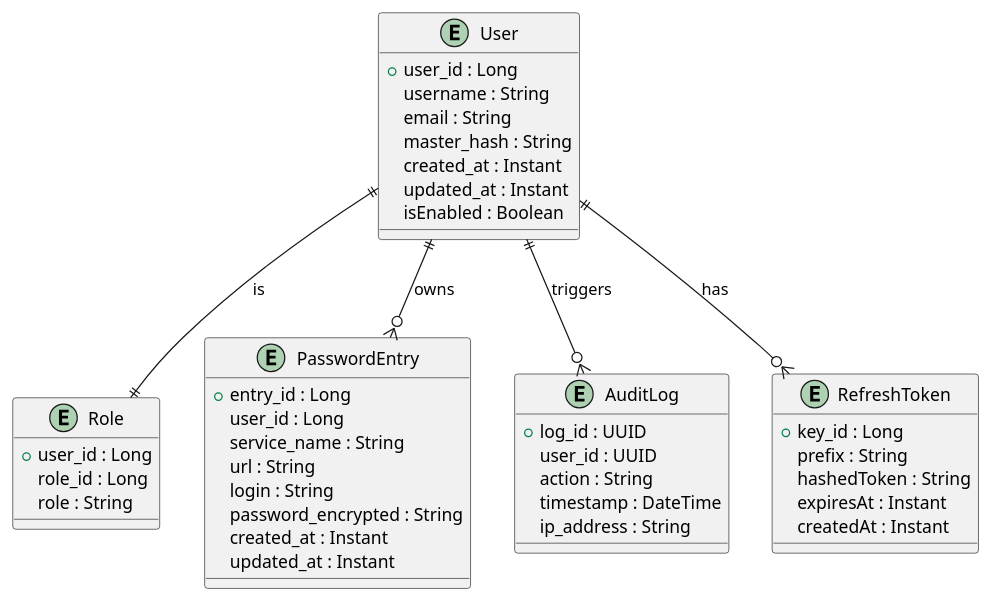
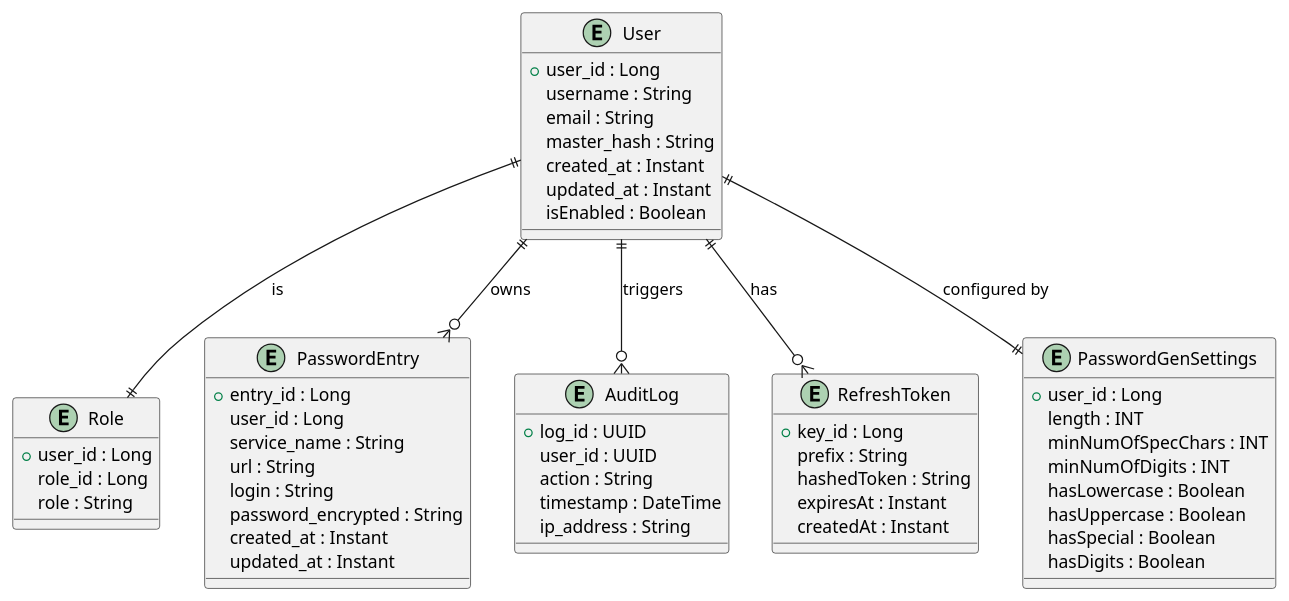
The diagram in erd.puml (KittySecurity/kittysecurity-devops), drawn with PlantUML before and after one commit.

Commit message:
Added password settings to ERD

```diff
--- a/erd.puml
+++ b/erd.puml
@@ -1,49 +1,61 @@
 @startuml
 entity Role {
     +user_id : Long
     role_id : Long
     role : String
 }
 
 entity User {
     +user_id : Long
     username : String
     email : String
     master_hash : String
     created_at : Instant
     updated_at : Instant
     isEnabled : Boolean
 }
 
 entity PasswordEntry {
     +entry_id : Long
     user_id : Long
     service_name : String
     url : String
     login : String
     password_encrypted : String
     created_at : Instant
     updated_at : Instant
 }
 
 entity AuditLog {
     +log_id : UUID
     user_id : UUID
     action : String
     timestamp : DateTime
     ip_address : String
 }
 
 entity RefreshToken {
     +key_id : Long
     prefix : String
     hashedToken : String
     expiresAt : Instant
     createdAt : Instant
 }
 
+entity PasswordGenSettings {
+    +user_id : Long
+    length : INT
+    minNumOfSpecChars : INT
+    minNumOfDigits : INT
+    hasLowercase : Boolean
+    hasUppercase : Boolean
+    hasSpecial : Boolean
+    hasDigits : Boolean
+}
+
 User ||--o{ RefreshToken : "has"
 User ||--|| Role : "is"
 User ||--o{ PasswordEntry : "owns"
 User ||--o{ AuditLog : "triggers"
+User ||--|| PasswordGenSettings : "configured by"
 @enduml
```
